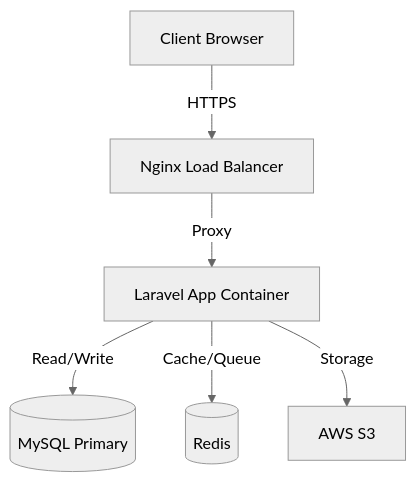
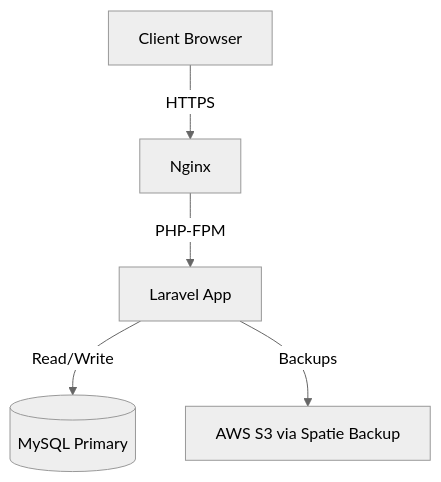
Before and after one commit to ZiadGamalDev/mizan-pos-showcase: the diagram in docs/ARCHITECTURE.md, drawn with Mermaid (neutral theme). The commit also changed other lines of this file and 2 other files, not shown here.

````diff
--- a/docs/ARCHITECTURE.md
+++ b/docs/ARCHITECTURE.md
@@ -6,8 +6,7 @@
 ```mermaid
 graph TD
-    User[Client Browser] -->|HTTPS| Nginx[Nginx Load Balancer]
-    Nginx -->|Proxy| App[Laravel App Container]
+    User[Client Browser] -->|HTTPS| Nginx[Nginx]
+    Nginx -->|PHP-FPM| App[Laravel App]
     App -->|Read/Write| DB[(MySQL Primary)]
-    App -->|Cache/Queue| Redis[(Redis)]
-    App -->|Storage| S3[AWS S3]
+    App -->|Backups| S3[AWS S3 via Spatie Backup]
 ```
````
